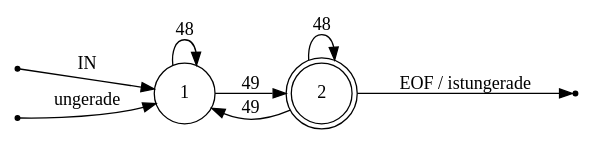
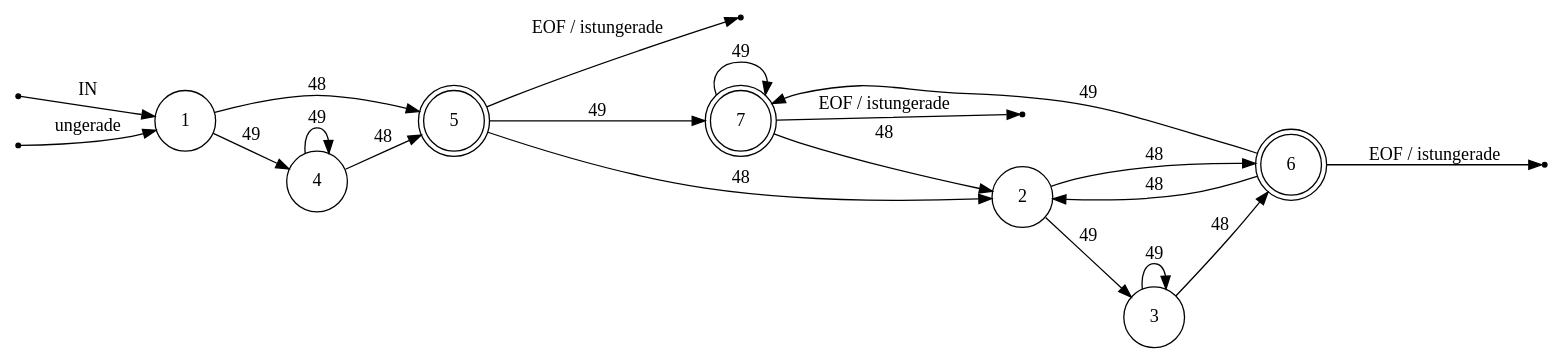
Before and after one commit to AndreasFMueller/AutoSpr: the diagram in code/ragel/ungerade.dot, drawn with Graphviz. The commit also changed 11 other files, not shown here.

```diff
--- a/code/ragel/ungerade.dot
+++ b/code/ragel/ungerade.dot
@@ -1,18 +1,34 @@
 digraph ungerade {
 	rankdir=LR;
 	node [ shape = point ];
 	ENTRY;
 	en_1;
-	eof_2;
+	eof_5;
+	eof_6;
+	eof_7;
 	node [ shape = circle, height = 0.2 ];
 	node [ fixedsize = true, height = 0.65, shape = doublecircle ];
-	2;
+	5;
+	6;
+	7;
 	node [ shape = circle ];
-	1 -> 1 [ label = "48" ];
-	1 -> 2 [ label = "49" ];
-	2 -> 2 [ label = "48" ];
-	2 -> 1 [ label = "49" ];
+	1 -> 5 [ label = "48" ];
+	1 -> 4 [ label = "49" ];
+	2 -> 6 [ label = "48" ];
+	2 -> 3 [ label = "49" ];
+	3 -> 6 [ label = "48" ];
+	3 -> 3 [ label = "49" ];
+	4 -> 5 [ label = "48" ];
+	4 -> 4 [ label = "49" ];
+	5 -> 2 [ label = "48" ];
+	5 -> 7 [ label = "49" ];
+	6 -> 2 [ label = "48" ];
+	6 -> 7 [ label = "49" ];
+	7 -> 2 [ label = "48" ];
+	7 -> 7 [ label = "49" ];
 	ENTRY -> 1 [ label = "IN" ];
 	en_1 -> 1 [ label = "ungerade" ];
-	2 -> eof_2 [ label = "EOF / istungerade" ];
+	5 -> eof_5 [ label = "EOF / istungerade" ];
+	6 -> eof_6 [ label = "EOF / istungerade" ];
+	7 -> eof_7 [ label = "EOF / istungerade" ];
 }
```
